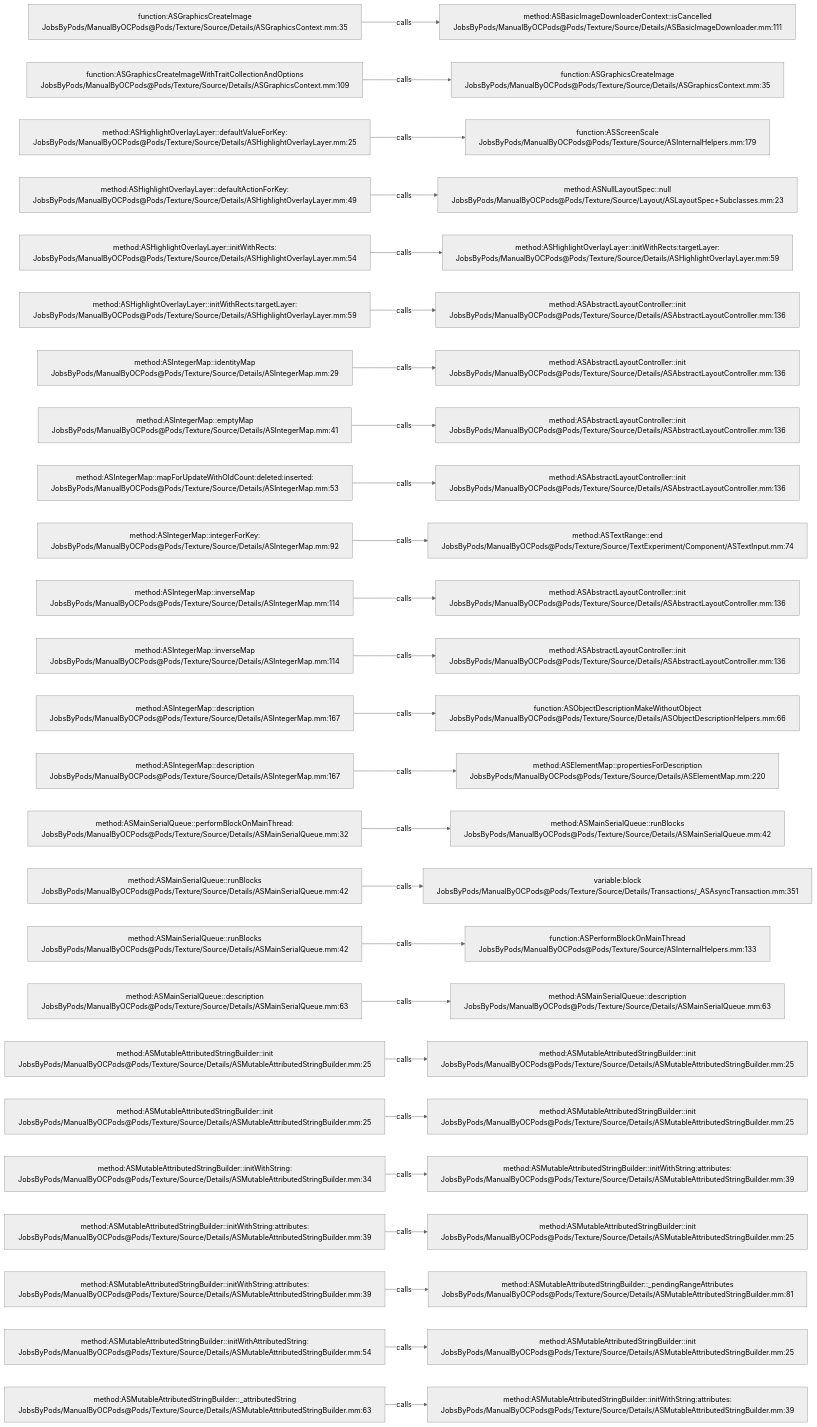
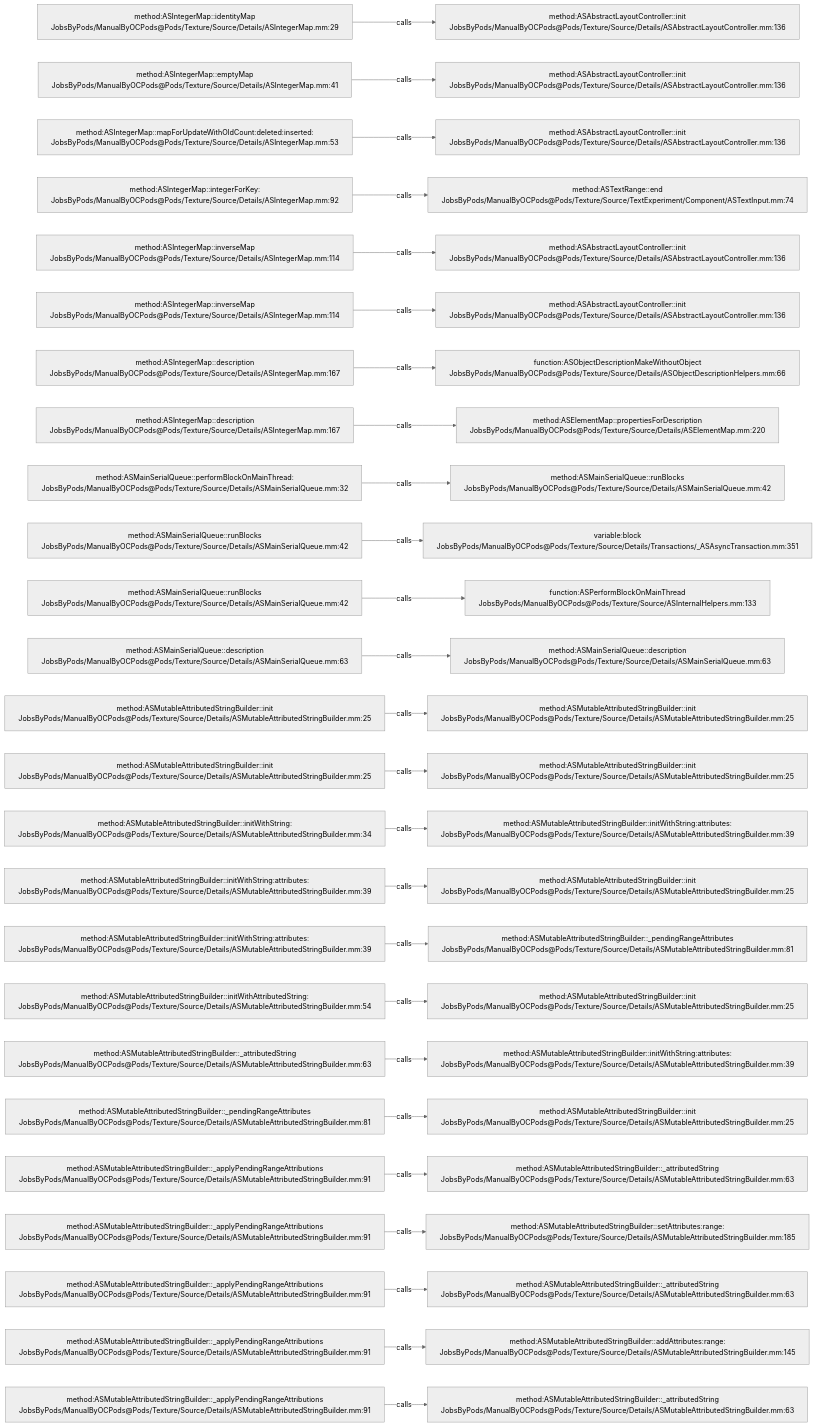
One commit to JobsKits/JobsOCBaseConfigDemo changed the diagram in .codegraph/codegraph.md/graphs/calls-150.md. Above: the diagram before and after it, drawn with Mermaid (neutral theme). The commit also changed 666 other files, not shown here.

````diff
--- a/.codegraph/codegraph.md/graphs/calls-150.md
+++ b/.codegraph/codegraph.md/graphs/calls-150.md
@@ -13,78 +13,78 @@
 ```mermaid
 flowchart LR
-  S1["function:ASGraphicsCreateImage<br/>JobsByPods/ManualByOCPods@Pods/Texture/Source/Details/ASGraphicsContext.mm:35"]
-  T1["method:ASBasicImageDownloaderContext::isCancelled<br/>JobsByPods/ManualByOCPods@Pods/Texture/Source/Details/ASBasicImageDownloader.mm:111"]
+  S1["method:ASIntegerMap::identityMap<br/>JobsByPods/ManualByOCPods@Pods/Texture/Source/Details/ASIntegerMap.mm:29"]
+  T1["method:ASAbstractLayoutController::init<br/>JobsByPods/ManualByOCPods@Pods/Texture/Source/Details/ASAbstractLayoutController.mm:136"]
   S1 -->|calls| T1
-  S2["function:ASGraphicsCreateImageWithTraitCollectionAndOptions<br/>JobsByPods/ManualByOCPods@Pods/Texture/Source/Details/ASGraphicsContext.mm:109"]
-  T2["function:ASGraphicsCreateImage<br/>JobsByPods/ManualByOCPods@Pods/Texture/Source/Details/ASGraphicsContext.mm:35"]
+  S2["method:ASIntegerMap::emptyMap<br/>JobsByPods/ManualByOCPods@Pods/Texture/Source/Details/ASIntegerMap.mm:41"]
+  T2["method:ASAbstractLayoutController::init<br/>JobsByPods/ManualByOCPods@Pods/Texture/Source/Details/ASAbstractLayoutController.mm:136"]
   S2 -->|calls| T2
-  S3["method:ASHighlightOverlayLayer::defaultValueForKey:<br/>JobsByPods/ManualByOCPods@Pods/Texture/Source/Details/ASHighlightOverlayLayer.mm:25"]
-  T3["function:ASScreenScale<br/>JobsByPods/ManualByOCPods@Pods/Texture/Source/ASInternalHelpers.mm:179"]
+  S3["method:ASIntegerMap::mapForUpdateWithOldCount:deleted:inserted:<br/>JobsByPods/ManualByOCPods@Pods/Texture/Source/Details/ASIntegerMap.mm:53"]
+  T3["method:ASAbstractLayoutController::init<br/>JobsByPods/ManualByOCPods@Pods/Texture/Source/Details/ASAbstractLayoutController.mm:136"]
   S3 -->|calls| T3
-  S4["method:ASHighlightOverlayLayer::defaultActionForKey:<br/>JobsByPods/ManualByOCPods@Pods/Texture/Source/Details/ASHighlightOverlayLayer.mm:49"]
-  T4["method:ASNullLayoutSpec::null<br/>JobsByPods/ManualByOCPods@Pods/Texture/Source/Layout/ASLayoutSpec+Subclasses.mm:23"]
+  S4["method:ASIntegerMap::integerForKey:<br/>JobsByPods/ManualByOCPods@Pods/Texture/Source/Details/ASIntegerMap.mm:92"]
+  T4["method:ASTextRange::end<br/>JobsByPods/ManualByOCPods@Pods/Texture/Source/TextExperiment/Component/ASTextInput.mm:74"]
   S4 -->|calls| T4
-  S5["method:ASHighlightOverlayLayer::initWithRects:<br/>JobsByPods/ManualByOCPods@Pods/Texture/Source/Details/ASHighlightOverlayLayer.mm:54"]
-  T5["method:ASHighlightOverlayLayer::initWithRects:targetLayer:<br/>JobsByPods/ManualByOCPods@Pods/Texture/Source/Details/ASHighlightOverlayLayer.mm:59"]
+  S5["method:ASIntegerMap::inverseMap<br/>JobsByPods/ManualByOCPods@Pods/Texture/Source/Details/ASIntegerMap.mm:114"]
+  T5["method:ASAbstractLayoutController::init<br/>JobsByPods/ManualByOCPods@Pods/Texture/Source/Details/ASAbstractLayoutController.mm:136"]
   S5 -->|calls| T5
-  S6["method:ASHighlightOverlayLayer::initWithRects:targetLayer:<br/>JobsByPods/ManualByOCPods@Pods/Texture/Source/Details/ASHighlightOverlayLayer.mm:59"]
+  S6["method:ASIntegerMap::inverseMap<br/>JobsByPods/ManualByOCPods@Pods/Texture/Source/Details/ASIntegerMap.mm:114"]
   T6["method:ASAbstractLayoutController::init<br/>JobsByPods/ManualByOCPods@Pods/Texture/Source/Details/ASAbstractLayoutController.mm:136"]
   S6 -->|calls| T6
-  S7["method:ASIntegerMap::identityMap<br/>JobsByPods/ManualByOCPods@Pods/Texture/Source/Details/ASIntegerMap.mm:29"]
-  T7["method:ASAbstractLayoutController::init<br/>JobsByPods/ManualByOCPods@Pods/Texture/Source/Details/ASAbstractLayoutController.mm:136"]
+  S7["method:ASIntegerMap::description<br/>JobsByPods/ManualByOCPods@Pods/Texture/Source/Details/ASIntegerMap.mm:167"]
+  T7["function:ASObjectDescriptionMakeWithoutObject<br/>JobsByPods/ManualByOCPods@Pods/Texture/Source/Details/ASObjectDescriptionHelpers.mm:66"]
   S7 -->|calls| T7
-  S8["method:ASIntegerMap::emptyMap<br/>JobsByPods/ManualByOCPods@Pods/Texture/Source/Details/ASIntegerMap.mm:41"]
-  T8["method:ASAbstractLayoutController::init<br/>JobsByPods/ManualByOCPods@Pods/Texture/Source/Details/ASAbstractLayoutController.mm:136"]
+  S8["method:ASIntegerMap::description<br/>JobsByPods/ManualByOCPods@Pods/Texture/Source/Details/ASIntegerMap.mm:167"]
+  T8["method:ASElementMap::propertiesForDescription<br/>JobsByPods/ManualByOCPods@Pods/Texture/Source/Details/ASElementMap.mm:220"]
   S8 -->|calls| T8
-  S9["method:ASIntegerMap::mapForUpdateWithOldCount:deleted:inserted:<br/>JobsByPods/ManualByOCPods@Pods/Texture/Source/Details/ASIntegerMap.mm:53"]
-  T9["method:ASAbstractLayoutController::init<br/>JobsByPods/ManualByOCPods@Pods/Texture/Source/Details/ASAbstractLayoutController.mm:136"]
+  S9["method:ASMainSerialQueue::performBlockOnMainThread:<br/>JobsByPods/ManualByOCPods@Pods/Texture/Source/Details/ASMainSerialQueue.mm:32"]
+  T9["method:ASMainSerialQueue::runBlocks<br/>JobsByPods/ManualByOCPods@Pods/Texture/Source/Details/ASMainSerialQueue.mm:42"]
   S9 -->|calls| T9
-  S10["method:ASIntegerMap::integerForKey:<br/>JobsByPods/ManualByOCPods@Pods/Texture/Source/Details/ASIntegerMap.mm:92"]
-  T10["method:ASTextRange::end<br/>JobsByPods/ManualByOCPods@Pods/Texture/Source/TextExperiment/Component/ASTextInput.mm:74"]
+  S10["method:ASMainSerialQueue::runBlocks<br/>JobsByPods/ManualByOCPods@Pods/Texture/Source/Details/ASMainSerialQueue.mm:42"]
+  T10["variable:block<br/>JobsByPods/ManualByOCPods@Pods/Texture/Source/Details/Transactions/_ASAsyncTransaction.mm:351"]
   S10 -->|calls| T10
-  S11["method:ASIntegerMap::inverseMap<br/>JobsByPods/ManualByOCPods@Pods/Texture/Source/Details/ASIntegerMap.mm:114"]
-  T11["method:ASAbstractLayoutController::init<br/>JobsByPods/ManualByOCPods@Pods/Texture/Source/Details/ASAbstractLayoutController.mm:136"]
+  S11["method:ASMainSerialQueue::runBlocks<br/>JobsByPods/ManualByOCPods@Pods/Texture/Source/Details/ASMainSerialQueue.mm:42"]
+  T11["function:ASPerformBlockOnMainThread<br/>JobsByPods/ManualByOCPods@Pods/Texture/Source/ASInternalHelpers.mm:133"]
   S11 -->|calls| T11
-  S12["method:ASIntegerMap::inverseMap<br/>JobsByPods/ManualByOCPods@Pods/Texture/Source/Details/ASIntegerMap.mm:114"]
-  T12["method:ASAbstractLayoutController::init<br/>JobsByPods/ManualByOCPods@Pods/Texture/Source/Details/ASAbstractLayoutController.mm:136"]
+  S12["method:ASMainSerialQueue::description<br/>JobsByPods/ManualByOCPods@Pods/Texture/Source/Details/ASMainSerialQueue.mm:63"]
+  T12["method:ASMainSerialQueue::description<br/>JobsByPods/ManualByOCPods@Pods/Texture/Source/Details/ASMainSerialQueue.mm:63"]
   S12 -->|calls| T12
-  S13["method:ASIntegerMap::description<br/>JobsByPods/ManualByOCPods@Pods/Texture/Source/Details/ASIntegerMap.mm:167"]
-  T13["function:ASObjectDescriptionMakeWithoutObject<br/>JobsByPods/ManualByOCPods@Pods/Texture/Source/Details/ASObjectDescriptionHelpers.mm:66"]
+  S13["method:ASMutableAttributedStringBuilder::init<br/>JobsByPods/ManualByOCPods@Pods/Texture/Source/Details/ASMutableAttributedStringBuilder.mm:25"]
+  T13["method:ASMutableAttributedStringBuilder::init<br/>JobsByPods/ManualByOCPods@Pods/Texture/Source/Details/ASMutableAttributedStringBuilder.mm:25"]
   S13 -->|calls| T13
-  S14["method:ASIntegerMap::description<br/>JobsByPods/ManualByOCPods@Pods/Texture/Source/Details/ASIntegerMap.mm:167"]
-  T14["method:ASElementMap::propertiesForDescription<br/>JobsByPods/ManualByOCPods@Pods/Texture/Source/Details/ASElementMap.mm:220"]
+  S14["method:ASMutableAttributedStringBuilder::init<br/>JobsByPods/ManualByOCPods@Pods/Texture/Source/Details/ASMutableAttributedStringBuilder.mm:25"]
+  T14["method:ASMutableAttributedStringBuilder::init<br/>JobsByPods/ManualByOCPods@Pods/Texture/Source/Details/ASMutableAttributedStringBuilder.mm:25"]
   S14 -->|calls| T14
-  S15["method:ASMainSerialQueue::performBlockOnMainThread:<br/>JobsByPods/ManualByOCPods@Pods/Texture/Source/Details/ASMainSerialQueue.mm:32"]
-  T15["method:ASMainSerialQueue::runBlocks<br/>JobsByPods/ManualByOCPods@Pods/Texture/Source/Details/ASMainSerialQueue.mm:42"]
+  S15["method:ASMutableAttributedStringBuilder::initWithString:<br/>JobsByPods/ManualByOCPods@Pods/Texture/Source/Details/ASMutableAttributedStringBuilder.mm:34"]
+  T15["method:ASMutableAttributedStringBuilder::initWithString:attributes:<br/>JobsByPods/ManualByOCPods@Pods/Texture/Source/Details/ASMutableAttributedStringBuilder.mm:39"]
   S15 -->|calls| T15
-  S16["method:ASMainSerialQueue::runBlocks<br/>JobsByPods/ManualByOCPods@Pods/Texture/Source/Details/ASMainSerialQueue.mm:42"]
-  T16["variable:block<br/>JobsByPods/ManualByOCPods@Pods/Texture/Source/Details/Transactions/_ASAsyncTransaction.mm:351"]
+  S16["method:ASMutableAttributedStringBuilder::initWithString:attributes:<br/>JobsByPods/ManualByOCPods@Pods/Texture/Source/Details/ASMutableAttributedStringBuilder.mm:39"]
+  T16["method:ASMutableAttributedStringBuilder::init<br/>JobsByPods/ManualByOCPods@Pods/Texture/Source/Details/ASMutableAttributedStringBuilder.mm:25"]
   S16 -->|calls| T16
-  S17["method:ASMainSerialQueue::runBlocks<br/>JobsByPods/ManualByOCPods@Pods/Texture/Source/Details/ASMainSerialQueue.mm:42"]
-  T17["function:ASPerformBlockOnMainThread<br/>JobsByPods/ManualByOCPods@Pods/Texture/Source/ASInternalHelpers.mm:133"]
+  S17["method:ASMutableAttributedStringBuilder::initWithString:attributes:<br/>JobsByPods/ManualByOCPods@Pods/Texture/Source/Details/ASMutableAttributedStringBuilder.mm:39"]
+  T17["method:ASMutableAttributedStringBuilder::_pendingRangeAttributes<br/>JobsByPods/ManualByOCPods@Pods/Texture/Source/Details/ASMutableAttributedStringBuilder.mm:81"]
   S17 -->|calls| T17
-  S18["method:ASMainSerialQueue::description<br/>JobsByPods/ManualByOCPods@Pods/Texture/Source/Details/ASMainSerialQueue.mm:63"]
-  T18["method:ASMainSerialQueue::description<br/>JobsByPods/ManualByOCPods@Pods/Texture/Source/Details/ASMainSerialQueue.mm:63"]
+  S18["method:ASMutableAttributedStringBuilder::initWithAttributedString:<br/>JobsByPods/ManualByOCPods@Pods/Texture/Source/Details/ASMutableAttributedStringBuilder.mm:54"]
+  T18["method:ASMutableAttributedStringBuilder::init<br/>JobsByPods/ManualByOCPods@Pods/Texture/Source/Details/ASMutableAttributedStringBuilder.mm:25"]
   S18 -->|calls| T18
-  S19["method:ASMutableAttributedStringBuilder::init<br/>JobsByPods/ManualByOCPods@Pods/Texture/Source/Details/ASMutableAttributedStringBuilder.mm:25"]
-  T19["method:ASMutableAttributedStringBuilder::init<br/>JobsByPods/ManualByOCPods@Pods/Texture/Source/Details/ASMutableAttributedStringBuilder.mm:25"]
+  S19["method:ASMutableAttributedStringBuilder::_attributedString<br/>JobsByPods/ManualByOCPods@Pods/Texture/Source/Details/ASMutableAttributedStringBuilder.mm:63"]
+  T19["method:ASMutableAttributedStringBuilder::initWithString:attributes:<br/>JobsByPods/ManualByOCPods@Pods/Texture/Source/Details/ASMutableAttributedStringBuilder.mm:39"]
   S19 -->|calls| T19
-  S20["method:ASMutableAttributedStringBuilder::init<br/>JobsByPods/ManualByOCPods@Pods/Texture/Source/Details/ASMutableAttributedStringBuilder.mm:25"]
+  S20["method:ASMutableAttributedStringBuilder::_pendingRangeAttributes<br/>JobsByPods/ManualByOCPods@Pods/Texture/Source/Details/ASMutableAttributedStringBuilder.mm:81"]
   T20["method:ASMutableAttributedStringBuilder::init<br/>JobsByPods/ManualByOCPods@Pods/Texture/Source/Details/ASMutableAttributedStringBuilder.mm:25"]
   S20 -->|calls| T20
-  S21["method:ASMutableAttributedStringBuilder::initWithString:<br/>JobsByPods/ManualByOCPods@Pods/Texture/Source/Details/ASMutableAttributedStringBuilder.mm:34"]
-  T21["method:ASMutableAttributedStringBuilder::initWithString:attributes:<br/>JobsByPods/ManualByOCPods@Pods/Texture/Source/Details/ASMutableAttributedStringBuilder.mm:39"]
+  S21["method:ASMutableAttributedStringBuilder::_applyPendingRangeAttributions<br/>JobsByPods/ManualByOCPods@Pods/Texture/Source/Details/ASMutableAttributedStringBuilder.mm:91"]
+  T21["method:ASMutableAttributedStringBuilder::_attributedString<br/>JobsByPods/ManualByOCPods@Pods/Texture/Source/Details/ASMutableAttributedStringBuilder.mm:63"]
   S21 -->|calls| T21
-  S22["method:ASMutableAttributedStringBuilder::initWithString:attributes:<br/>JobsByPods/ManualByOCPods@Pods/Texture/Source/Details/ASMutableAttributedStringBuilder.mm:39"]
-  T22["method:ASMutableAttributedStringBuilder::init<br/>JobsByPods/ManualByOCPods@Pods/Texture/Source/Details/ASMutableAttributedStringBuilder.mm:25"]
+  S22["method:ASMutableAttributedStringBuilder::_applyPendingRangeAttributions<br/>JobsByPods/ManualByOCPods@Pods/Texture/Source/Details/ASMutableAttributedStringBuilder.mm:91"]
+  T22["method:ASMutableAttributedStringBuilder::setAttributes:range:<br/>JobsByPods/ManualByOCPods@Pods/Texture/Source/Details/ASMutableAttributedStringBuilder.mm:185"]
   S22 -->|calls| T22
-  S23["method:ASMutableAttributedStringBuilder::initWithString:attributes:<br/>JobsByPods/ManualByOCPods@Pods/Texture/Source/Details/ASMutableAttributedStringBuilder.mm:39"]
-  T23["method:ASMutableAttributedStringBuilder::_pendingRangeAttributes<br/>JobsByPods/ManualByOCPods@Pods/Texture/Source/Details/ASMutableAttributedStringBuilder.mm:81"]
+  S23["method:ASMutableAttributedStringBuilder::_applyPendingRangeAttributions<br/>JobsByPods/ManualByOCPods@Pods/Texture/Source/Details/ASMutableAttributedStringBuilder.mm:91"]
+  T23["method:ASMutableAttributedStringBuilder::_attributedString<br/>JobsByPods/ManualByOCPods@Pods/Texture/Source/Details/ASMutableAttributedStringBuilder.mm:63"]
   S23 -->|calls| T23
-  S24["method:ASMutableAttributedStringBuilder::initWithAttributedString:<br/>JobsByPods/ManualByOCPods@Pods/Texture/Source/Details/ASMutableAttributedStringBuilder.mm:54"]
-  T24["method:ASMutableAttributedStringBuilder::init<br/>JobsByPods/ManualByOCPods@Pods/Texture/Source/Details/ASMutableAttributedStringBuilder.mm:25"]
+  S24["method:ASMutableAttributedStringBuilder::_applyPendingRangeAttributions<br/>JobsByPods/ManualByOCPods@Pods/Texture/Source/Details/ASMutableAttributedStringBuilder.mm:91"]
+  T24["method:ASMutableAttributedStringBuilder::addAttributes:range:<br/>JobsByPods/ManualByOCPods@Pods/Texture/Source/Details/ASMutableAttributedStringBuilder.mm:145"]
   S24 -->|calls| T24
-  S25["method:ASMutableAttributedStringBuilder::_attributedString<br/>JobsByPods/ManualByOCPods@Pods/Texture/Source/Details/ASMutableAttributedStringBuilder.mm:63"]
-  T25["method:ASMutableAttributedStringBuilder::initWithString:attributes:<br/>JobsByPods/ManualByOCPods@Pods/Texture/Source/Details/ASMutableAttributedStringBuilder.mm:39"]
+  S25["method:ASMutableAttributedStringBuilder::_applyPendingRangeAttributions<br/>JobsByPods/ManualByOCPods@Pods/Texture/Source/Details/ASMutableAttributedStringBuilder.mm:91"]
+  T25["method:ASMutableAttributedStringBuilder::_attributedString<br/>JobsByPods/ManualByOCPods@Pods/Texture/Source/Details/ASMutableAttributedStringBuilder.mm:63"]
   S25 -->|calls| T25
 ```
````
